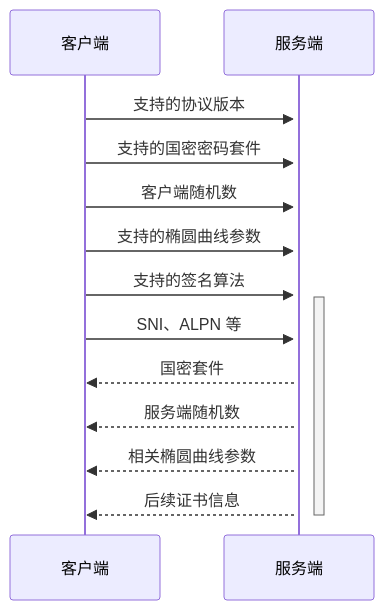
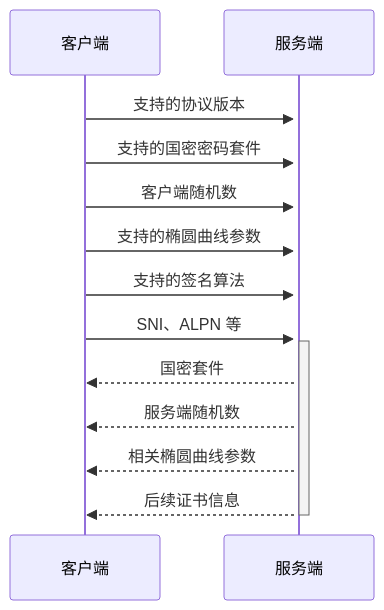
The diagram in all/未命名-1.md (HY-10-8/iodraw-files), drawn with Mermaid before and after one commit.

Commit message:
2026-03-24 10:01:24 update

````diff
--- a/all/未命名-1.md
+++ b/all/未命名-1.md
@@ -1,16 +1,16 @@
 ```mermaid
 sequenceDiagram
     客户端->>+服务端: 支持的协议版本
-    客户端->>+服务端: 支持的国密密码套件
-    客户端->>+服务端: 客户端随机数
-    客户端->>+服务端: 支持的椭圆曲线参数
-    客户端->>+服务端: 支持的签名算法
-    客户端->>服务端: SNI、ALPN 等
+    客户端->>服务端: 支持的国密密码套件
+    客户端->>服务端: 客户端随机数
+    客户端->>服务端: 支持的椭圆曲线参数
+    客户端->>服务端: 支持的签名算法
+    客户端->>+服务端: SNI、ALPN 等
 
     服务端-->>客户端: 国密套件
     服务端-->>客户端: 服务端随机数
     服务端-->>客户端: 相关椭圆曲线参数
     服务端-->>-客户端: 后续证书信息
 
             
 ```
````
